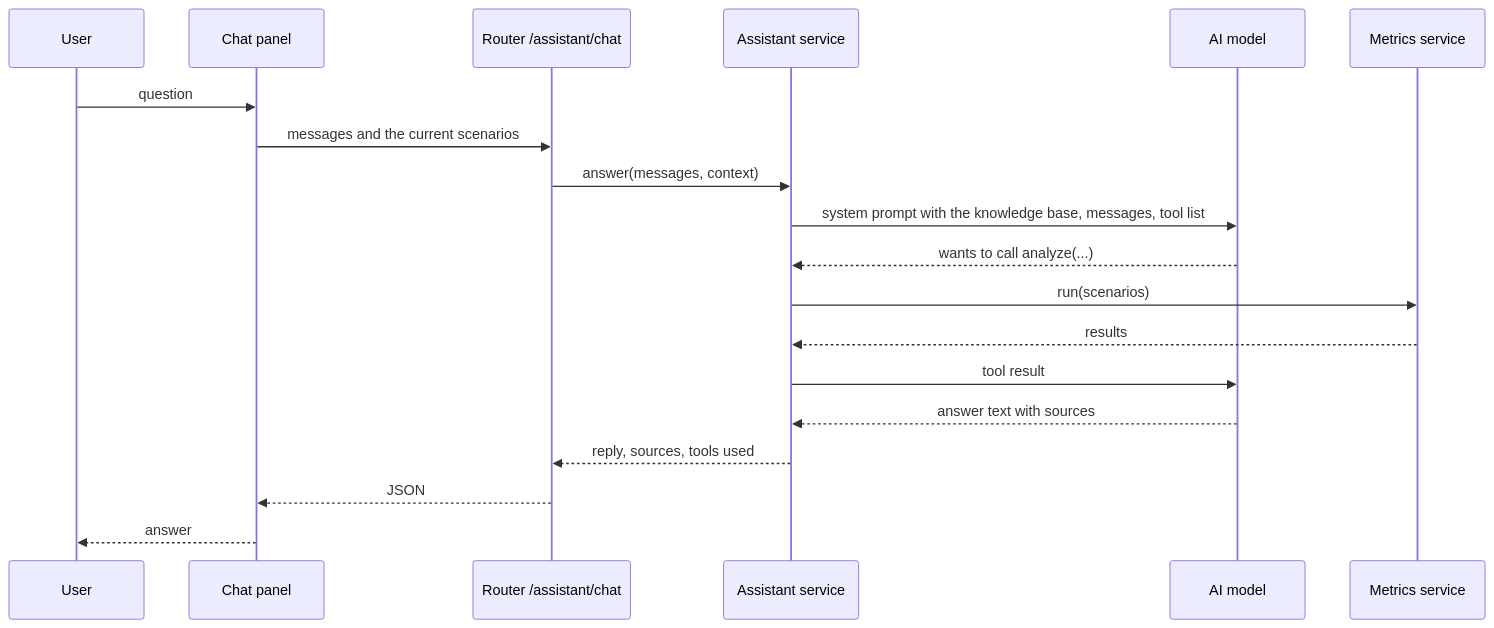
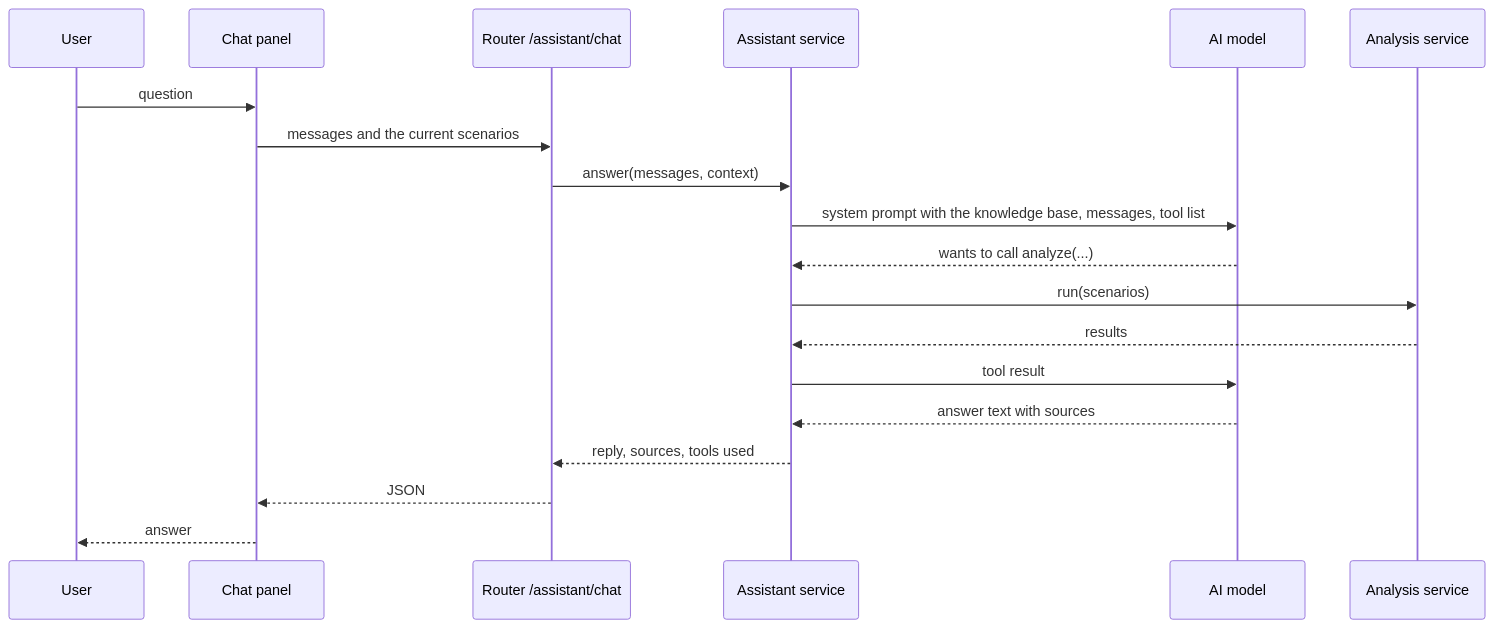
One commit to itani-jr-404/moonmaps changed the second of 2 diagrams in docs/architecture/request-lifecycle.md. Above: the diagram before and after it, drawn with Mermaid. The commit also changed other lines of this file and 183 other files, not shown here.

````diff
--- a/docs/architecture/request-lifecycle.md
+++ b/docs/architecture/request-lifecycle.md
@@ -58,22 +57,22 @@
 ```mermaid
 sequenceDiagram
   participant U as User
   participant P as Chat panel
   participant R as Router /assistant/chat
   participant A as Assistant service
   participant L as AI model
-  participant M as Metrics service
+  participant M as Analysis service
 
   U->>P: question
   P->>R: messages and the current scenarios
   R->>A: answer(messages, context)
   A->>L: system prompt with the knowledge base, messages, tool list
   L-->>A: wants to call analyze(...)
   A->>M: run(scenarios)
   M-->>A: results
   A->>L: tool result
   L-->>A: answer text with sources
   A-->>R: reply, sources, tools used
   R-->>P: JSON
   P-->>U: answer
 ```
````
